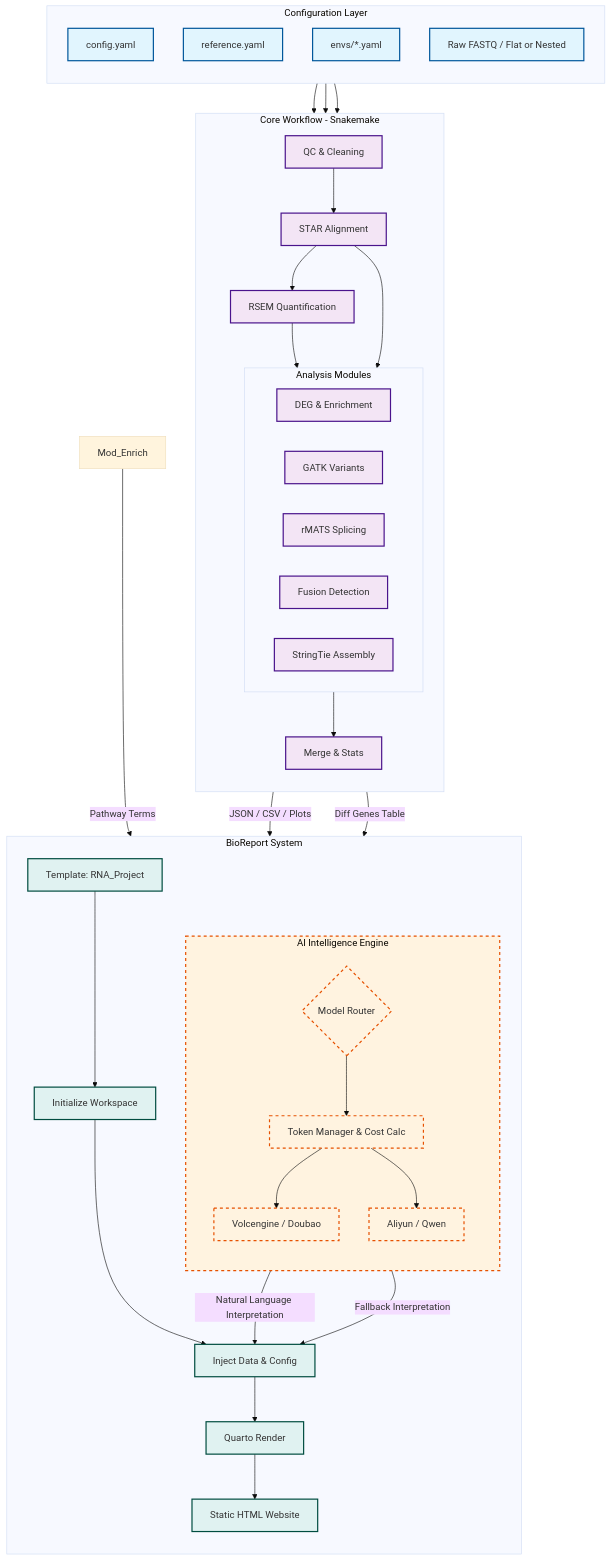
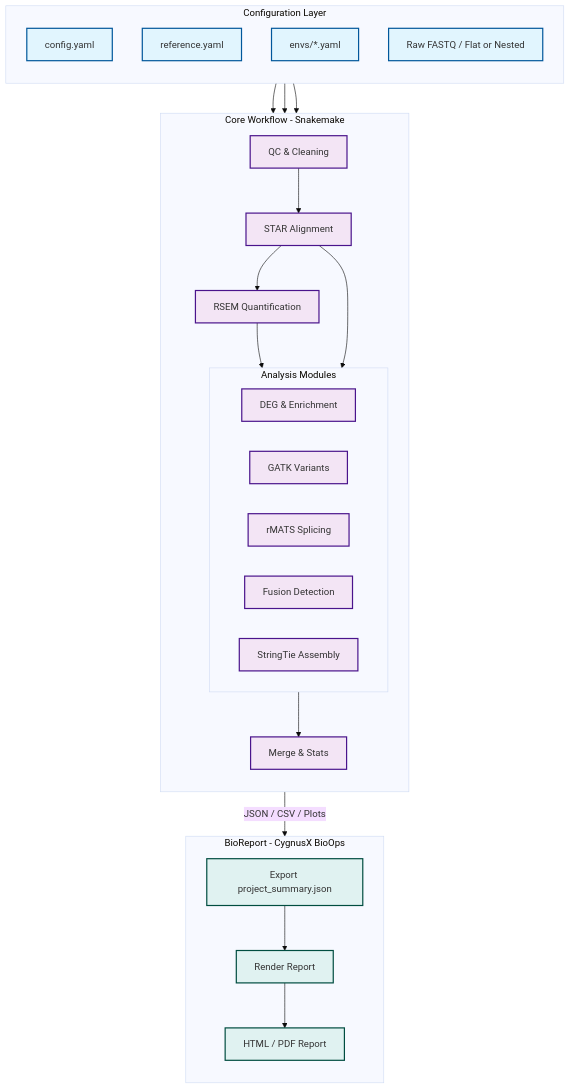
The diagram in docs/README_zh.md (CygnusX-Labs/RNAFlow), drawn with Mermaid (base theme) before and after one commit. The commit also changed other lines of this file and 3 other files, not shown here.

First line of the commit message:
docs: streamline READMEs and externalize BioReport references

````diff
--- a/docs/README_zh.md
+++ b/docs/README_zh.md
@@ -102,29 +104,13 @@
     end
 
     %% =======================
-    %% 3. Reporting Layer (BioReport)
+    %% 3. Reporting Layer (External BioReport)
     %% =======================
-    subgraph Report_Layer [BioReport System]
+    subgraph Report_Layer [BioReport - CygnusX BioOps]
         direction TB
-        
-        %% Architecture Pattern
-        Action_Init[Initialize Workspace]
-        Action_Inject[Inject Data & Config]
-        Action_Render[Quarto Render]
-        
-        %% Template System
-        Template[Template: RNA_Project]
-        
-        %% AI Sub-system
-        subgraph AI_Engine [AI Intelligence Engine]
-            direction TB
-            AI_Router{Model Router}
-            Model_Doubao[Volcengine / Doubao]
-            Model_Qwen[Aliyun / Qwen]
-            Token_Ctrl[Token Manager & Cost Calc]
-        end
-        
-        Output_Site[Static HTML Website]
+        Action_Export[Export project_summary.json]
+        Action_Render[Render Report]
+        Output_Site[HTML / PDF Report]
     end
 
     %% =======================
@@ -143,23 +129,9 @@
     node_Quant --> Mod_DEG
     Modules --> node_Agg
     
-    %% Workflow -> Report
-    node_Agg -- "JSON / CSV / Plots" --> Action_Inject
-    Mod_DEG -- "Diff Genes Table" --> AI_Router
-    Mod_Enrich -- "Pathway Terms" --> AI_Router
-    
-    %% Report Internal Logic
-    Template --> Action_Init
-    Action_Init --> Action_Inject
-    Action_Inject --> Action_Render
-    
-    %% AI Integration
-    AI_Router --> Token_Ctrl
-    Token_Ctrl --> Model_Doubao
-    Token_Ctrl --> Model_Qwen
-    Model_Doubao -- "Natural Language Interpretation" --> Action_Inject
-    Model_Qwen -- "Fallback Interpretation" --> Action_Inject
-    
+    %% Workflow -> Reporting
+    node_Agg -- "JSON / CSV / Plots" --> Action_Export
+    Action_Export --> Action_Render
     Action_Render --> Output_Site
 
     %% =======================
@@ -168,10 +140,8 @@
     classDef config fill:#e1f5fe,stroke:#01579b,stroke-width:2px;
     classDef workflow fill:#f3e5f5,stroke:#4a148c,stroke-width:2px;
     classDef report fill:#e0f2f1,stroke:#004d40,stroke-width:2px;
-    classDef ai fill:#fff3e0,stroke:#e65100,stroke-width:2px,stroke-dasharray: 5 5;
 
     class Conf_Main,Conf_Ref,Conf_Env,Input_Data config;
     class node_QC,node_Map,node_Quant,Mod_DEG,Mod_Var,Mod_Spl,Mod_Fus,Mod_Asm,node_Agg workflow;
-    class Action_Init,Action_Inject,Action_Render,Template,Output_Site report;
-    class AI_Router,Model_Doubao,Model_Qwen,Token_Ctrl,AI_Engine ai;
+    class Action_Export,Action_Render,Output_Site report;
 ```
````
